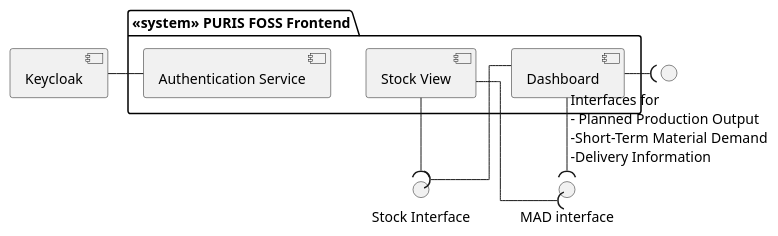
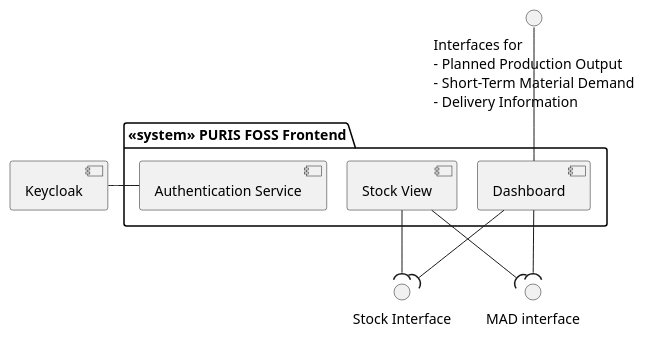
The diagram in docs/arc42/puml/05-level-1-frontend.puml (eclipse-tractusx/puris), drawn with PlantUML before and after one commit. The commit also changed 5 other files, not shown here.

```diff
--- a/docs/arc42/puml/05-level-1-frontend.puml
+++ b/docs/arc42/puml/05-level-1-frontend.puml
@@ -1,23 +1,24 @@
 @startuml
-skinparam linetype ortho
+skinparam linetype polyline
+skinparam nodesep 20
+skinparam ranksep 50
 
 package "<<system>> PURIS FOSS Frontend"{
 
   [Stock View] as stock_view
   [Dashboard] as dashboard
   [Authentication Service] as auth_service
 
 }
-
+"Interfaces for\n- Planned Production Output\n- Short-Term Material Demand\n- Delivery Information" -- dashboard
 [Keycloak] as idp
 
 idp - auth_service
 
 stock_view --( "Stock Interface"
 stock_view --( "MAD interface"
 
 dashboard --( "Stock Interface"
 dashboard --( "MAD interface"
-dashboard -( "Interfaces for\n- Planned Production Output\n-Short-Term Material Demand\n-Delivery Information"
 
 @enduml
```
